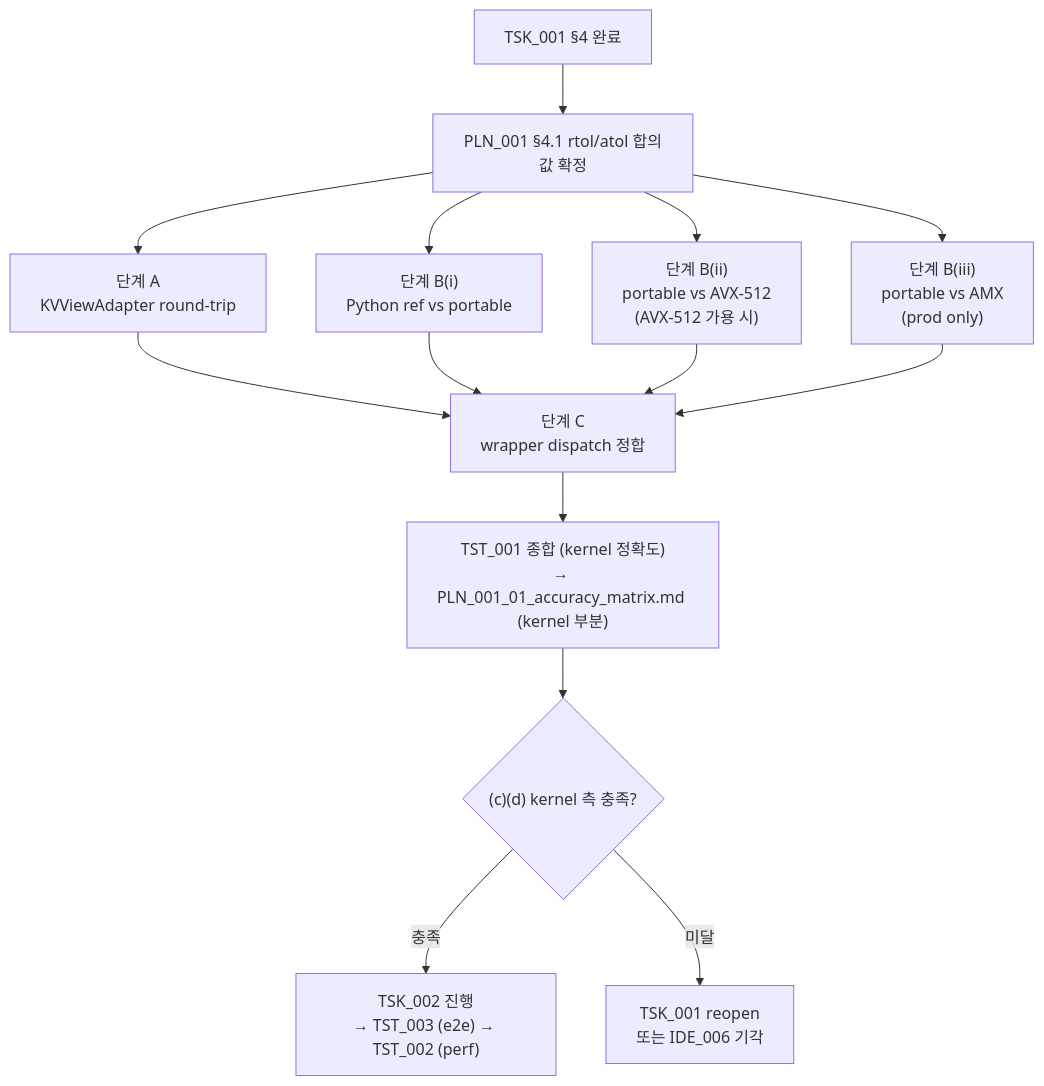
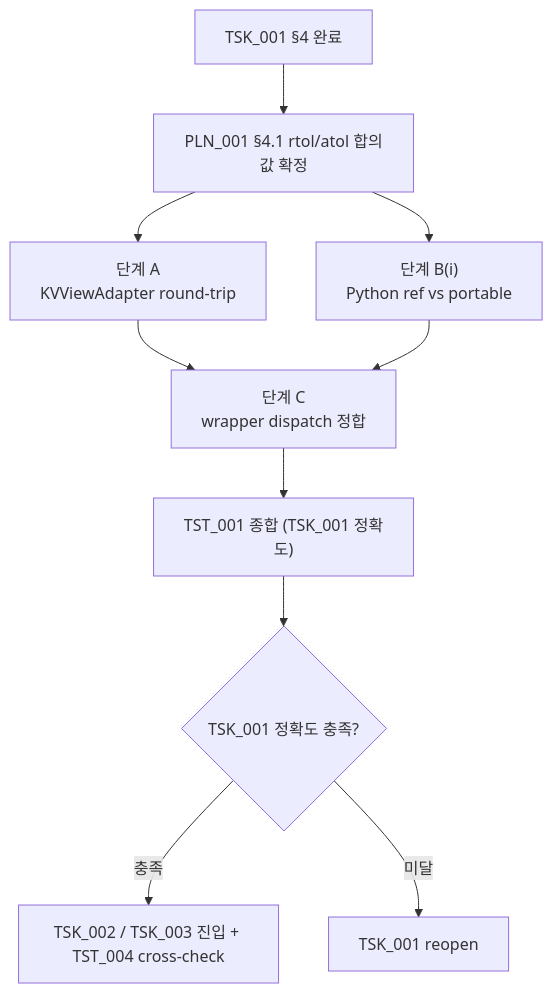
One commit to mystous/vllm_hybrid changed the diagram in shadow_assists/features/IDE_006/TST_001.md. Above: the diagram before and after it, drawn with Mermaid. The commit also changed other lines of this file and 10 other files, not shown here.

First line of the commit message:
docs(IDE_006): split TSK_003/TST_004 for 1:1 TSK↔TST mapping

````diff
--- a/shadow_assists/features/IDE_006/TST_001.md
+++ b/shadow_assists/features/IDE_006/TST_001.md
@@ -255,17 +256,13 @@
 ```mermaid
 flowchart TB
     DEPS["TSK_001 §4 완료"]
     DEPS --> CFG["PLN_001 §4.1 rtol/atol 합의값 확정"]
     CFG --> A["단계 A<br/>KVViewAdapter round-trip"]
     CFG --> B1["단계 B(i)<br/>Python ref vs portable"]
-    CFG --> B2["단계 B(ii)<br/>portable vs AVX-512<br/>(AVX-512 가용 시)"]
-    CFG --> B3["단계 B(iii)<br/>portable vs AMX<br/>(prod only)"]
     A --> C["단계 C<br/>wrapper dispatch 정합"]
     B1 --> C
-    B2 --> C
-    B3 --> C
-    C --> SUM["TST_001 종합 (kernel 정확도)<br/>→ PLN_001_01_accuracy_matrix.md (kernel 부분)"]
-    SUM --> GATE{"(c)(d) kernel 측 충족?"}
-    GATE -->|충족| NEXT["TSK_002 진행<br/>→ TST_003 (e2e) → TST_002 (perf)"]
-    GATE -->|미달| REJ["TSK_001 reopen<br/>또는 IDE_006 기각"]
+    C --> SUM["TST_001 종합 (TSK_001 정확도)"]
+    SUM --> GATE{"TSK_001 정확도 충족?"}
+    GATE -->|충족| NEXT["TSK_002 / TSK_003 진입 + TST_004 cross-check"]
+    GATE -->|미달| REJ["TSK_001 reopen"]
 ```
````
